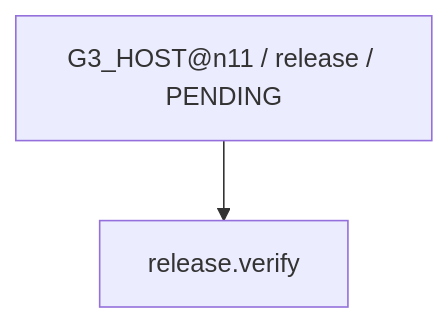
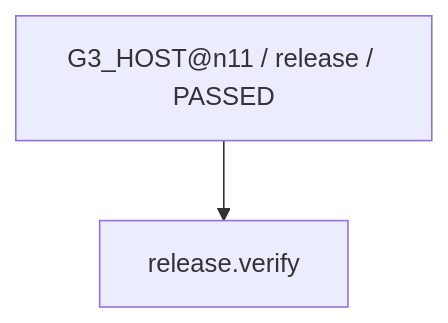
Diagram 12 of 15 in work/items/W-MATH-038-transformation-groups/generated/CAPABILITY_FIRE_DIAGRAM.md (rrikunagasige-dot/kyotsu-step-web), drawn with Mermaid before and after one commit. The commit also changed other lines of this file and 107 other files, not shown here.

````diff
--- a/work/items/W-MATH-038-transformation-groups/generated/CAPABILITY_FIRE_DIAGRAM.md
+++ b/work/items/W-MATH-038-transformation-groups/generated/CAPABILITY_FIRE_DIAGRAM.md
@@ -192,6 +192,6 @@
 ```mermaid
 flowchart TD
-  N0["G3_HOST@n11 / release / PENDING"]
+  N0["G3_HOST@n11 / release / PASSED"]
   N1["release.verify"]
   N0 --> N1
 ```
````
